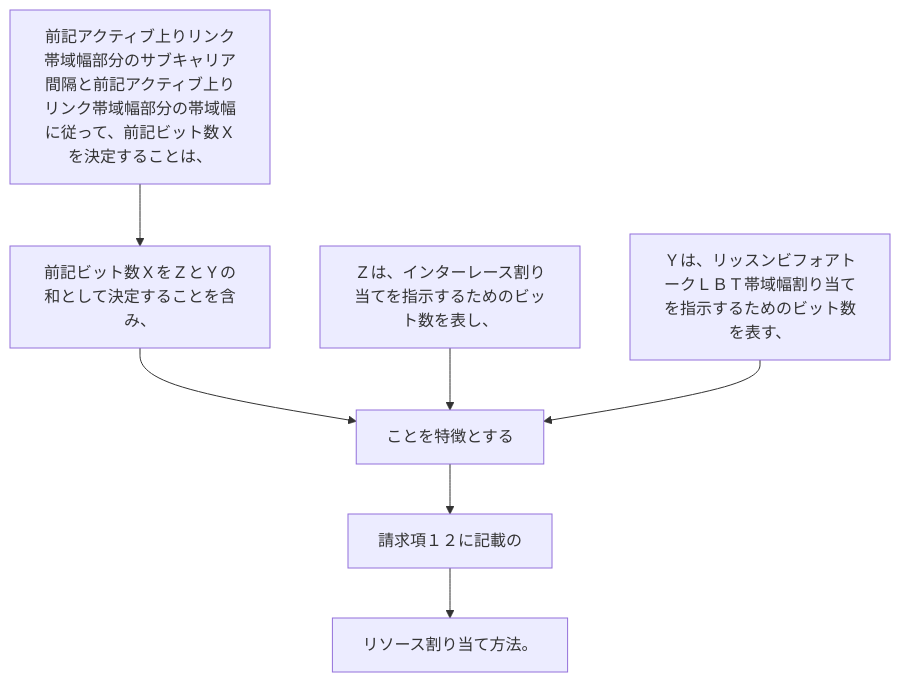
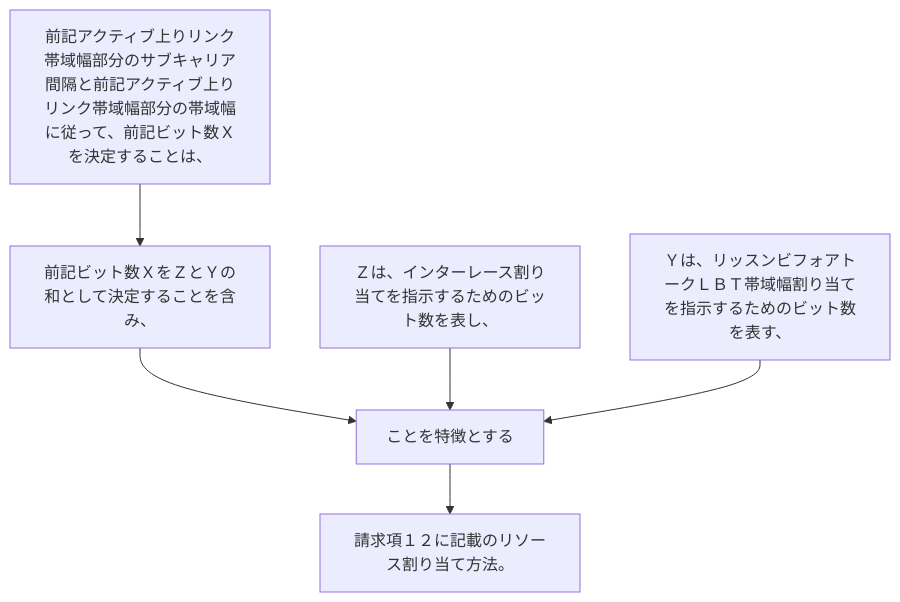
Before and after one commit to shinmori55/patent_analyzed: the diagram in 2024/JP2024029186A/claim_13/README.md, drawn with Mermaid. The commit also changed 336 other files, not shown here.

````diff
--- a/2024/JP2024029186A/claim_13/README.md
+++ b/2024/JP2024029186A/claim_13/README.md
@@ -3,17 +3,14 @@
 ```mermaid
 flowchart TD
 A[前記アクティブ上りリンク帯域幅部分のサブキャリア間隔と前記アクティブ上りリンク帯域幅部分の帯域幅に従って、前記ビット数Ｘを決定することは、]
 B[前記ビット数ＸをＺとＹの和として決定することを含み、]
 C[Ｚは、インターレース割り当てを指示するためのビット数を表し、]
 D[Ｙは、リッスンビフォアトークＬＢＴ帯域幅割り当てを指示するためのビット数を表す、]
 E[ことを特徴とする]
-F[請求項１２に記載の]
-G[リソース割り当て方法。]
-
+F[請求項１２に記載のリソース割り当て方法。]
 A --> B
 B --> E
 C --> E
 D --> E
 E --> F
-F --> G
 ```
````
